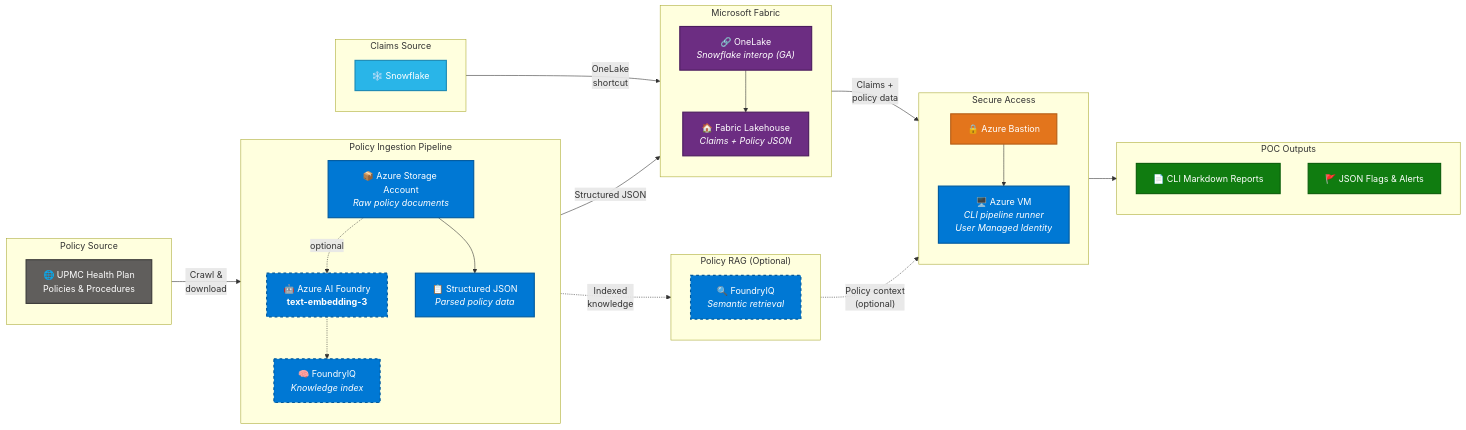
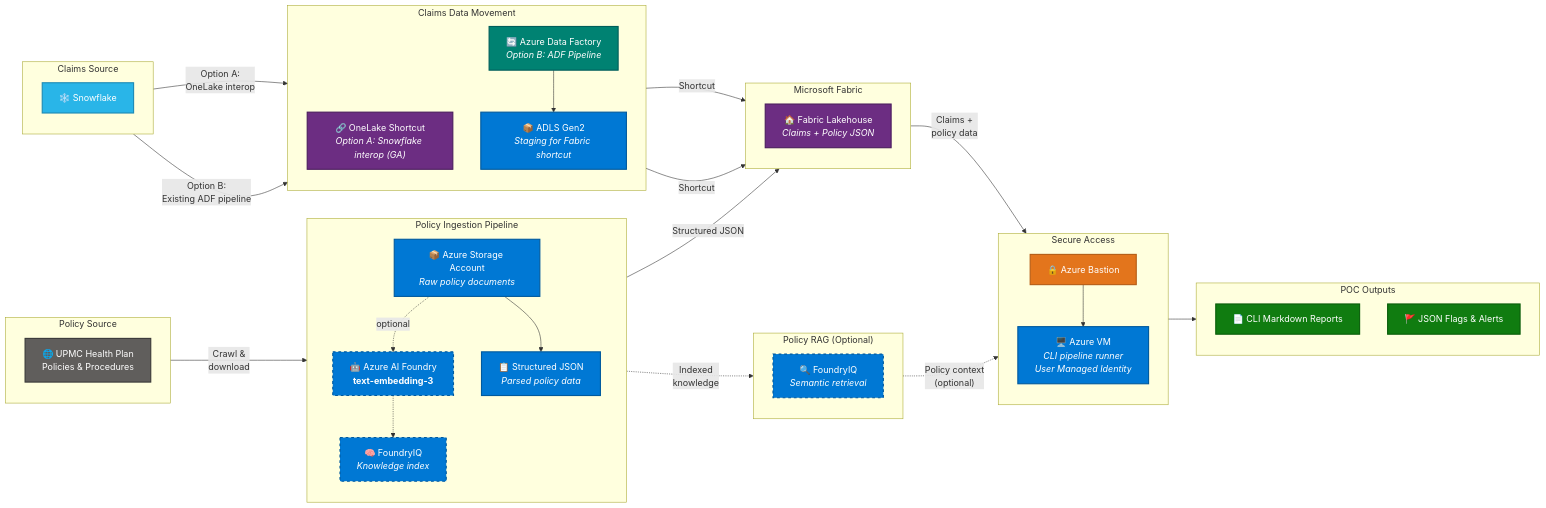
One commit to ctava-msft/utilization-management-claims-analytics changed the first of 2 diagrams in docs/solution_architecture.md. Above: the diagram before and after it, drawn with Mermaid. The commit also changed other lines of this file, not shown here.

Commit message:
update solutation architecture for snowflake -> fabric adf pipeline

````diff
--- a/docs/solution_architecture.md
+++ b/docs/solution_architecture.md
@@ -45,11 +45,17 @@
         SNOWFLAKE["❄️ Snowflake"]
     end
 
+    subgraph CLAIMS_MOVEMENT["Claims Data Movement"]
+        direction TB
+        ONELAKE["🔗 OneLake Shortcut<br/><i>Option A: Snowflake interop (GA)</i>"]
+        ADF["🔄 Azure Data Factory<br/><i>Option B: ADF Pipeline</i>"]
+        ADLS["📦 ADLS Gen2<br/><i>Staging for Fabric shortcut</i>"]
+        ADF --> ADLS
+    end
+
     subgraph CLAIMS_FABRIC["Microsoft Fabric"]
         direction TB
-        ONELAKE["🔗 OneLake<br/><i>Snowflake interop (GA)</i>"]
         FABRIC_LAKEHOUSE["🏠 Fabric Lakehouse<br/><i>Claims + Policy JSON</i>"]
-        ONELAKE --> FABRIC_LAKEHOUSE
     end
 
     %% ───────────────────────────────────────────
@@ -78,7 +84,10 @@
     POLICY_JSON -->|"Structured JSON"| FABRIC_LAKEHOUSE
     FOUNDRY_IQ -.->|"Indexed<br/>knowledge"| FOUNDRY_IQ_READ
     FOUNDRY_IQ_READ -.->|"Policy context<br/>(optional)"| VM
-    SNOWFLAKE -->|"OneLake<br/>shortcut"| ONELAKE
+    SNOWFLAKE -->|"Option A:<br/>OneLake interop"| ONELAKE
+    SNOWFLAKE -->|"Option B:<br/>Existing ADF pipeline"| ADF
+    ONELAKE -->|"Shortcut"| FABRIC_LAKEHOUSE
+    ADLS -->|"Shortcut"| FABRIC_LAKEHOUSE
     FABRIC_LAKEHOUSE -->|"Claims +<br/>policy data"| VM
     VM --> OUTPUT
 
@@ -92,11 +101,14 @@
 
     classDef optionalDashed fill:#0078D4,stroke:#005A9E,color:#fff,stroke-width:2px,stroke-dasharray:5 5
 
-    class VM,STORAGE,POLICY_JSON azureBlue
+    classDef adfGreen fill:#008272,stroke:#005E5A,color:#fff,stroke-width:2px
+
+    class VM,STORAGE,POLICY_JSON,ADLS azureBlue
     class FOUNDRY_EMBED,FOUNDRY_IQ,FOUNDRY_IQ_READ optionalDashed
     class ONELAKE,FABRIC_LAKEHOUSE fabricPurple
     class SNOWFLAKE snowflakeBlue
     class CLI_REPORTS,CLI_FLAGS greenOut
     class UPMC_POLICIES sourceGray
     class BASTION bastionOrange
+    class ADF adfGreen
 ```
````
